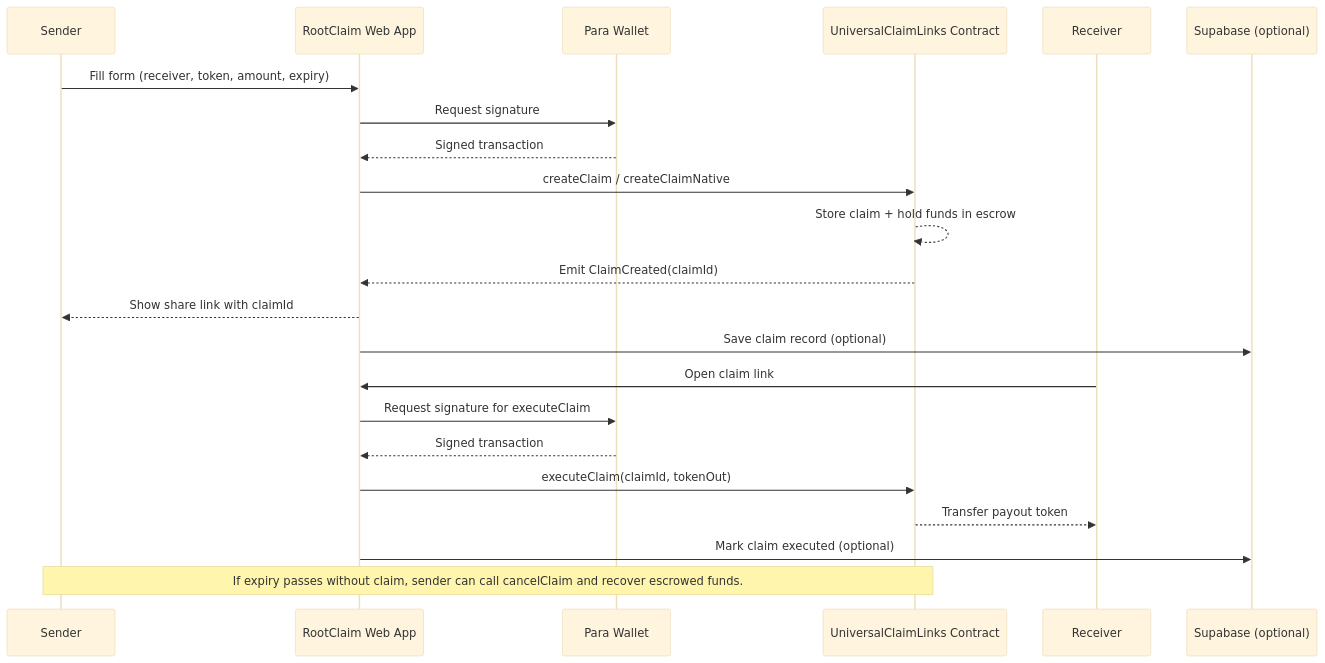
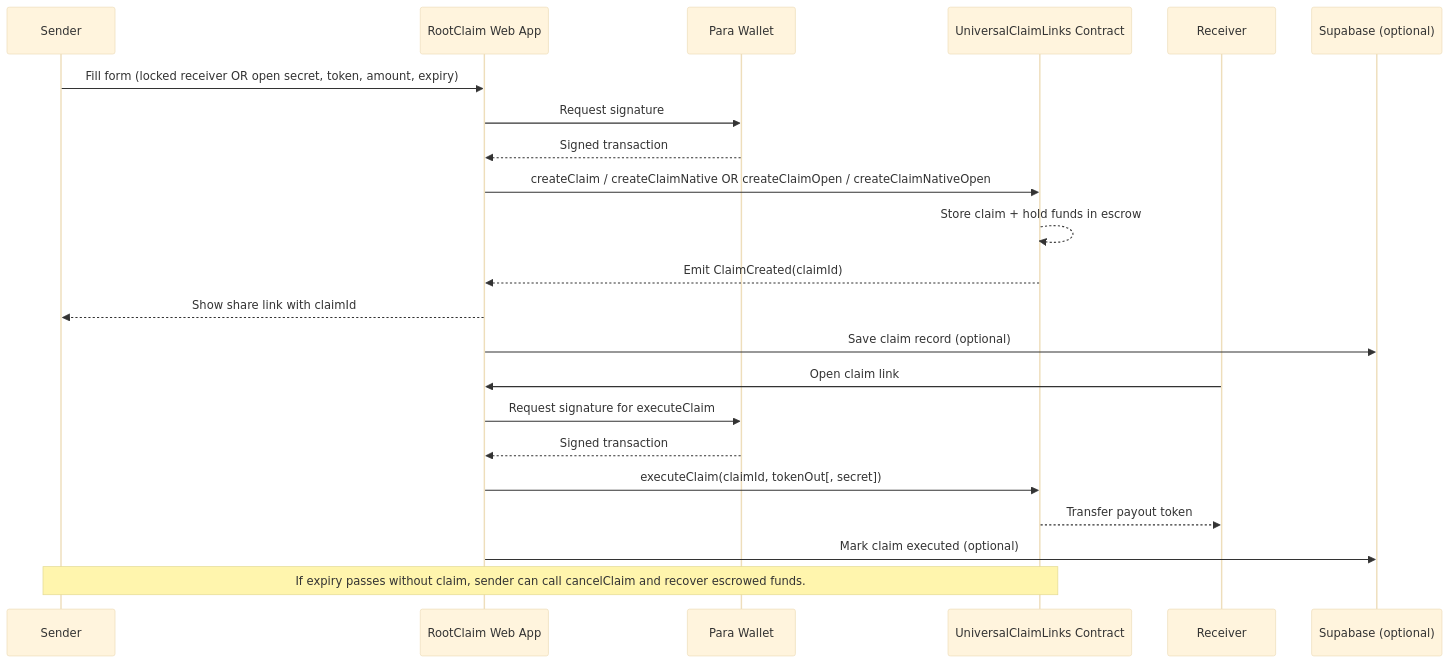
One commit to Caerlower/universal-claim-link-rstk changed the diagram in README.md. Above: the diagram before and after it, drawn with Mermaid (base theme). The commit also changed other lines of this file and 1 other file, not shown here.

Commit message:
Update: README.md & add: flatten smart contract file

````diff
--- a/README.md
+++ b/README.md
@@ -65,27 +92,27 @@
 ```mermaid
 sequenceDiagram
   participant Sender as Sender
   participant App as RootClaim Web App
   participant Wallet as Para Wallet
   participant Contract as UniversalClaimLinks Contract
   participant Receiver as Receiver
   participant DB as Supabase (optional)
 
-  Sender->>App: Fill form (receiver, token, amount, expiry)
+  Sender->>App: Fill form (locked receiver OR open secret, token, amount, expiry)
   App->>Wallet: Request signature
   Wallet-->>App: Signed transaction
-  App->>Contract: createClaim / createClaimNative
+  App->>Contract: createClaim / createClaimNative OR createClaimOpen / createClaimNativeOpen
   Contract-->>Contract: Store claim + hold funds in escrow
   Contract-->>App: Emit ClaimCreated(claimId)
   App-->>Sender: Show share link with claimId
   App->>DB: Save claim record (optional)
 
   Receiver->>App: Open claim link
   App->>Wallet: Request signature for executeClaim
   Wallet-->>App: Signed transaction
-  App->>Contract: executeClaim(claimId, tokenOut)
+  App->>Contract: executeClaim(claimId, tokenOut[, secret])
   Contract-->>Receiver: Transfer payout token
   App->>DB: Mark claim executed (optional)
 
   Note over Sender,Contract: If expiry passes without claim, sender can call cancelClaim and recover escrowed funds.
 ```
````
